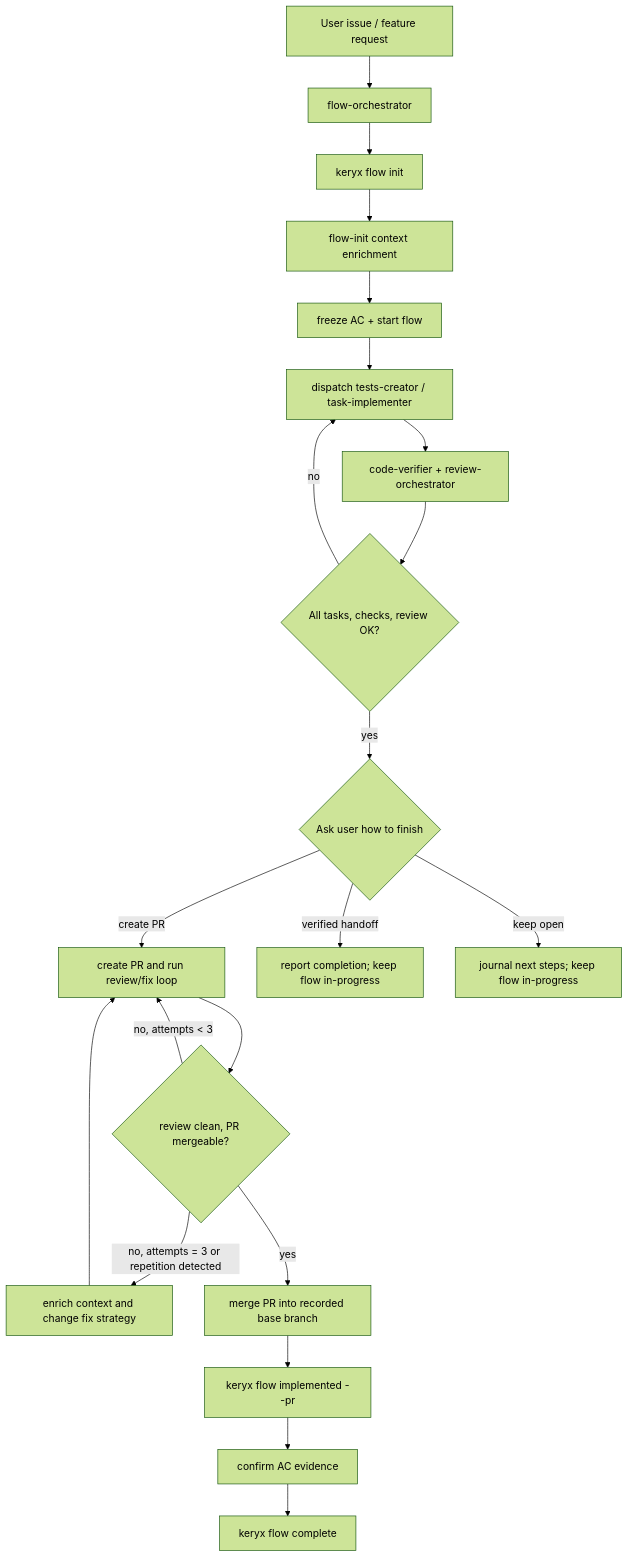
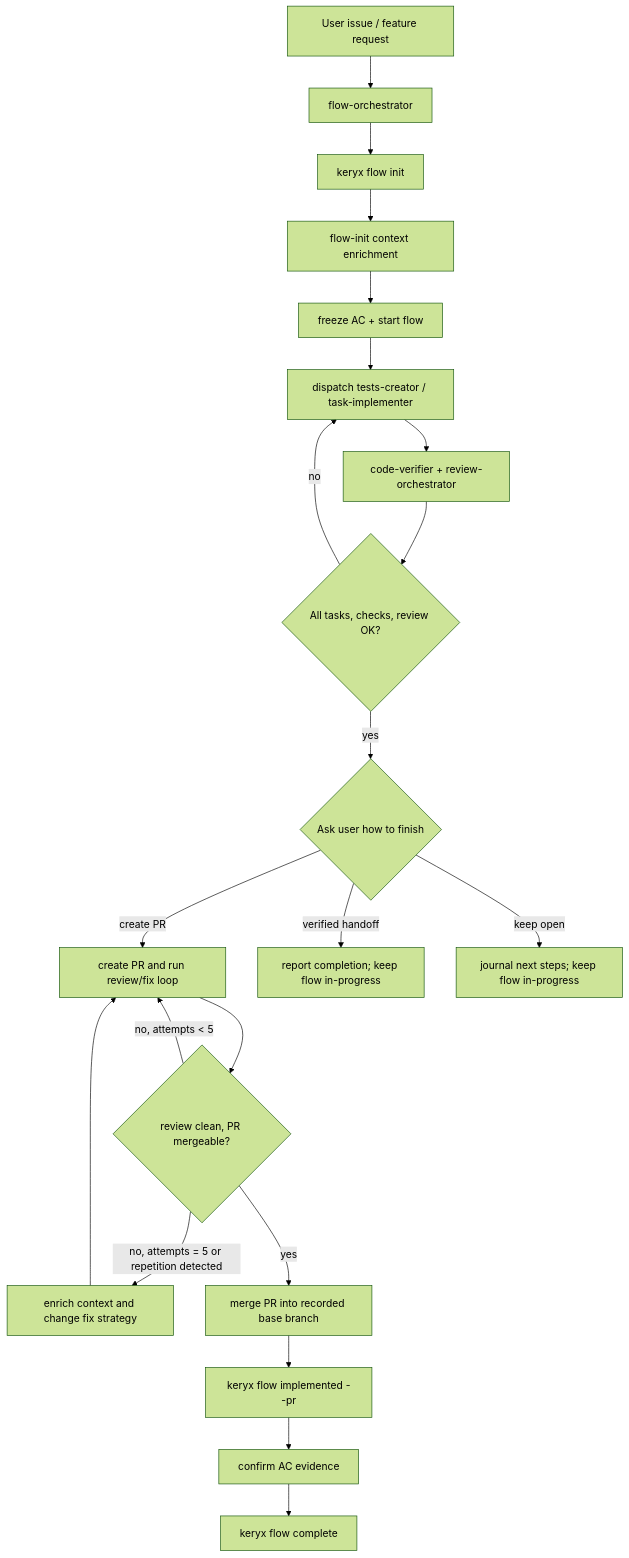
The diagram in .metaproject/skills/gdskills/orchestration/flow-orchestrator/SKILL.md (MrCipherSmith/keryx), drawn with Mermaid (forest theme) before and after one commit. The commit also changed other lines of this file and 12 other files, not shown here.

Commit message:
feat(review): raise the review round bound from three to five (flow 391)

````diff
--- a/.metaproject/skills/gdskills/orchestration/flow-orchestrator/SKILL.md
+++ b/.metaproject/skills/gdskills/orchestration/flow-orchestrator/SKILL.md
@@ -71,23 +71,23 @@
 ```mermaid
 flowchart TD
   A["User issue / feature request"] --> B["flow-orchestrator"]
   B --> C["keryx flow init"]
   C --> D["flow-init context enrichment"]
   D --> E["freeze AC + start flow"]
   E --> F["dispatch tests-creator / task-implementer"]
   F --> G["code-verifier + review-orchestrator"]
   G --> H{"All tasks, checks, review OK?"}
   H -- "no" --> F
   H -- "yes" --> I{"Ask user how to finish"}
   I -- "create PR" --> J["create PR and run review/fix loop"]
   J --> K{"review clean, PR mergeable?"}
-  K -- "no, attempts < 3" --> J
-  K -- "no, attempts = 3 or repetition detected" --> R["enrich context and change fix strategy"]
+  K -- "no, attempts < 5" --> J
+  K -- "no, attempts = 5 or repetition detected" --> R["enrich context and change fix strategy"]
   R --> J
   K -- "yes" --> L["merge PR into recorded base branch"]
   L --> M["keryx flow implemented --pr"]
   M --> N["confirm AC evidence"]
   N --> O["keryx flow complete"]
   I -- "verified handoff" --> P["report completion; keep flow in-progress"]
   I -- "keep open" --> Q["journal next steps; keep flow in-progress"]
 ```
````
